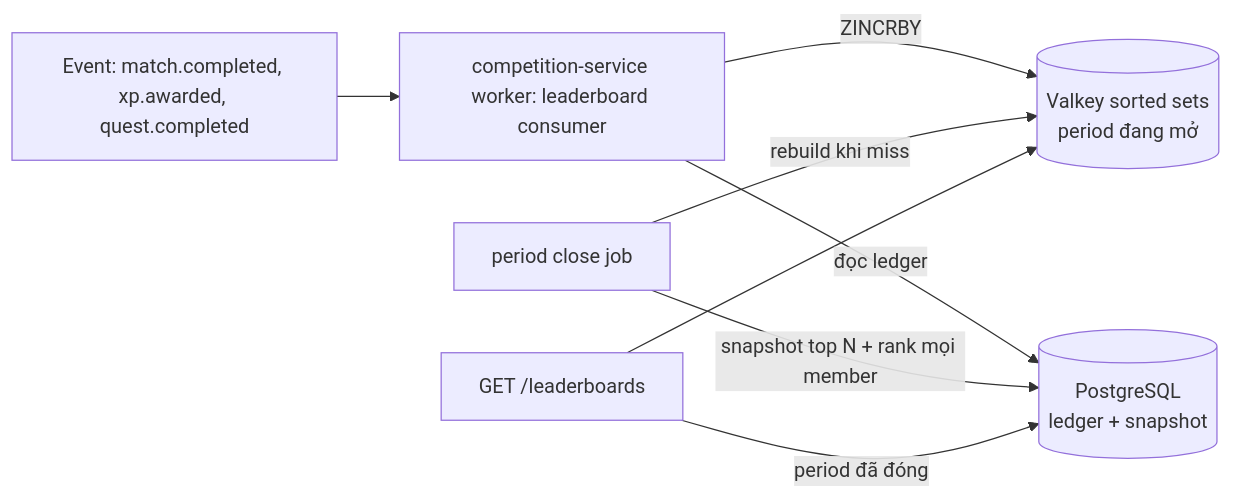
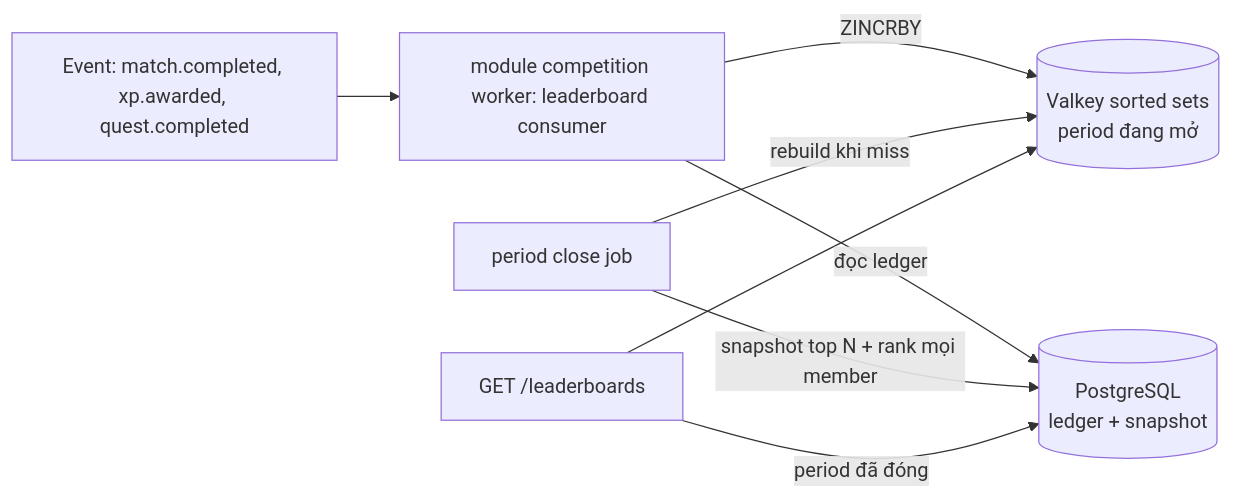
The first of 2 diagrams in docs/01-game-design/COMPETITION_SYSTEM.md (tanguyen2020/eduworld-platform), drawn with Mermaid before and after one commit. The commit also changed other lines of this file and 922 other files, not shown here.

````diff
--- a/docs/01-game-design/COMPETITION_SYSTEM.md
+++ b/docs/01-game-design/COMPETITION_SYSTEM.md
@@ -230,10 +246,10 @@
 ```mermaid
 flowchart LR
-  E["Event: match.completed, xp.awarded, quest.completed"] --> W[competition-service worker: leaderboard consumer]
+  E["Event: match.completed, xp.awarded, quest.completed"] --> W[module competition worker: leaderboard consumer]
   W -->|ZINCRBY| VK[("Valkey sorted sets<br/>period đang mở")]
   W -->|đọc ledger| PG[("PostgreSQL<br/>ledger + snapshot")]
   CRON[period close job] -->|snapshot top N + rank mọi member| PG
   CRON -->|rebuild khi miss| VK
   API[GET /leaderboards] --> VK
   API -->|period đã đóng| PG
 ```
````
